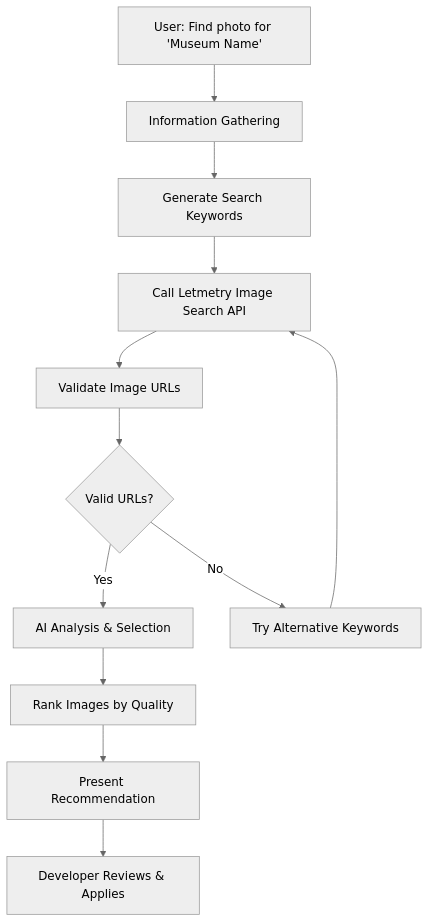
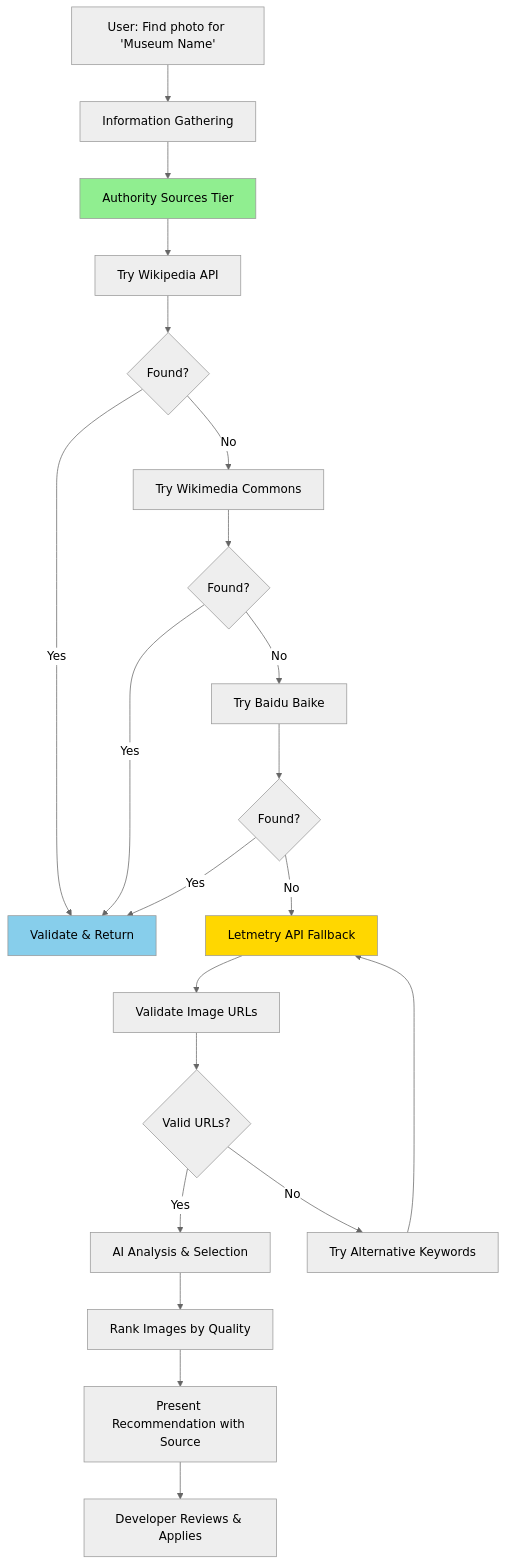
One commit to jackandking/MuseumCheck changed the diagram in .github/copilot-skills/museum-photo-search.md. Above: the diagram before and after it, drawn with Mermaid (neutral theme). The commit also changed other lines of this file and 9 other files, not shown here.

````diff
--- a/.github/copilot-skills/museum-photo-search.md
+++ b/.github/copilot-skills/museum-photo-search.md
@@ -38,14 +46,27 @@
 ```mermaid
 flowchart TD
     A["User: Find photo for 'Museum Name'"] --> B["Information Gathering"]
-    B --> C["Generate Search Keywords"]
-    C --> D["Call Letmetry Image Search API"]
-    D --> E["Validate Image URLs"]
+    B --> C1["Authority Sources Tier"]
+    C1 --> C1a["Try Wikipedia API"]
+    C1a --> C1b{"Found?"} 
+    C1b -->|Yes| D["Validate & Return"]
+    C1b -->|No| C1c["Try Wikimedia Commons"]
+    C1c --> C1d{"Found?"}
+    C1d -->|Yes| D
+    C1d -->|No| C1e["Try Baidu Baike"]
+    C1e --> C1f{"Found?"}
+    C1f -->|Yes| D
+    C1f -->|No| C2["Letmetry API Fallback"]
+    C2 --> E["Validate Image URLs"]
     E --> F{"Valid URLs?"}
     F -->|Yes| G["AI Analysis & Selection"]
     F -->|No| H["Try Alternative Keywords"]
-    H --> D
+    H --> C2
     G --> I["Rank Images by Quality"]
-    I --> J["Present Recommendation"]
+    I --> J["Present Recommendation with Source"]
     J --> K["Developer Reviews & Applies"]
+    
+    style C1 fill:#90EE90
+    style D fill:#87CEEB
+    style C2 fill:#FFD700
 ```
````
